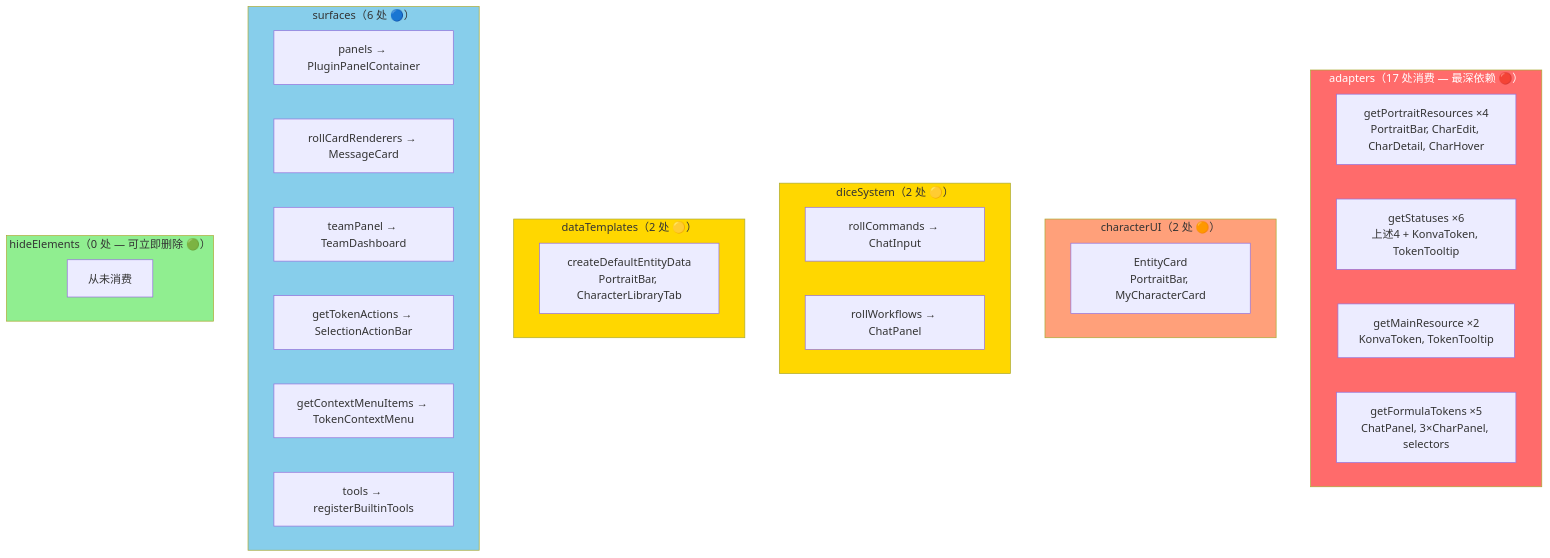
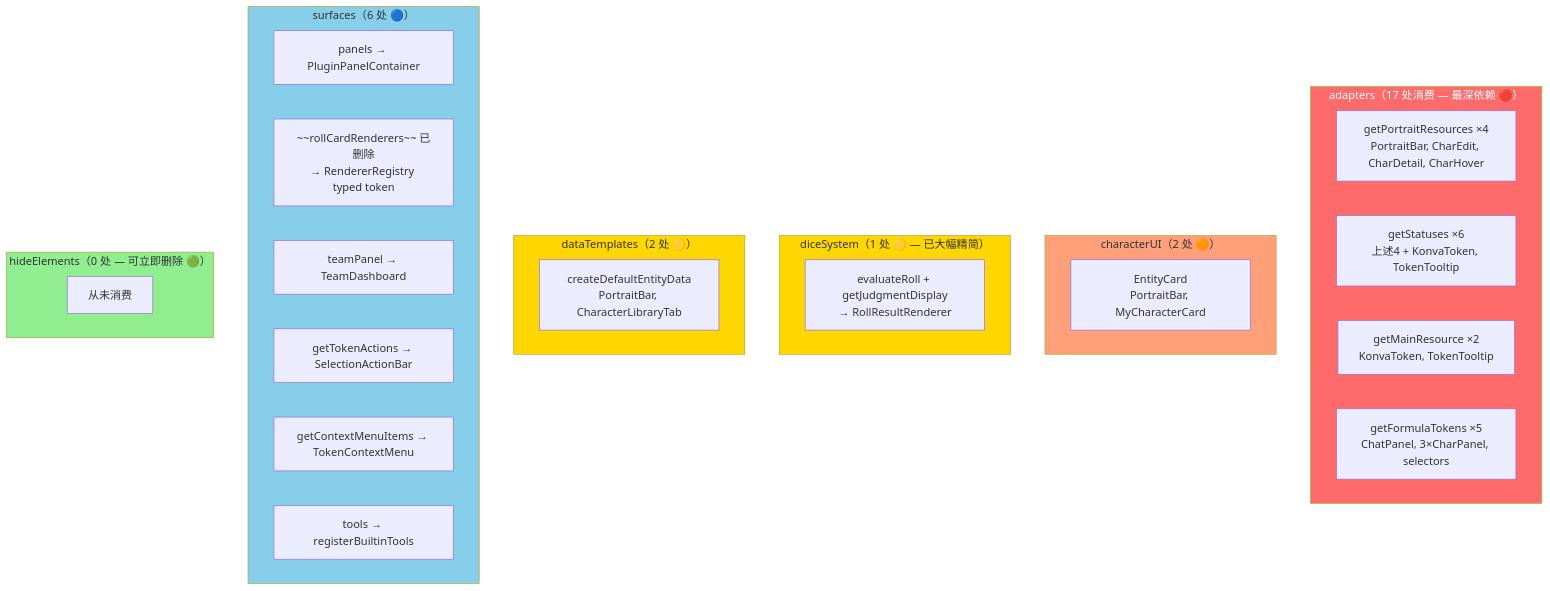
The fifth of 18 diagrams in docs/design/17-插件系统演进路线.md (RidRisR/myVTT), drawn with Mermaid before and after one commit. The commit also changed other lines of this file and 61 other files, not shown here.

First line of the commit message:
feat: Sprint 2 — RNG purification, groupId, judgment entry, RendererRegistry (#174)

````diff
--- a/docs/design/17-插件系统演进路线.md
+++ b/docs/design/17-插件系统演进路线.md
@@ -148,42 +151,41 @@
 ```mermaid
 graph TD
     subgraph Adapters["adapters（17 处消费 — 最深依赖 🔴）"]
         A1["getPortraitResources ×4<br/>PortraitBar, CharEdit, CharDetail, CharHover"]
         A2["getStatuses ×6<br/>上述4 + KonvaToken, TokenTooltip"]
         A3["getMainResource ×2<br/>KonvaToken, TokenTooltip"]
         A4["getFormulaTokens ×5<br/>ChatPanel, 3×CharPanel, selectors"]
     end
 
     subgraph CharUI["characterUI（2 处 🟠）"]
         C1["EntityCard<br/>PortraitBar, MyCharacterCard"]
     end
 
-    subgraph DiceSys["diceSystem（2 处 🟡）"]
-        D1["rollCommands → ChatInput"]
-        D2["rollWorkflows → ChatPanel"]
+    subgraph DiceSys["diceSystem（1 处 🟡 — 已大幅精简）"]
+        D1["evaluateRoll + getJudgmentDisplay<br/>→ RollResultRenderer"]
     end
 
     subgraph Templates["dataTemplates（2 处 🟡）"]
         T1["createDefaultEntityData<br/>PortraitBar, CharacterLibraryTab"]
     end
 
     subgraph Surfaces["surfaces（6 处 🔵）"]
         S1["panels → PluginPanelContainer"]
-        S2["rollCardRenderers → MessageCard"]
+        S2["~~rollCardRenderers~~ 已删除<br/>→ RendererRegistry typed token"]
         S3["teamPanel → TeamDashboard"]
         S4["getTokenActions → SelectionActionBar"]
         S5["getContextMenuItems → TokenContextMenu"]
         S6["tools → registerBuiltinTools"]
     end
 
     subgraph Dead["hideElements（0 处 — 可立即删除 🟢）"]
         H1["从未消费"]
     end
 
     style Adapters fill:#FF6B6B,color:#fff
     style CharUI fill:#FFA07A
     style DiceSys fill:#FFD700
     style Templates fill:#FFD700
     style Surfaces fill:#87CEEB
     style Dead fill:#90EE90
 ```
````
